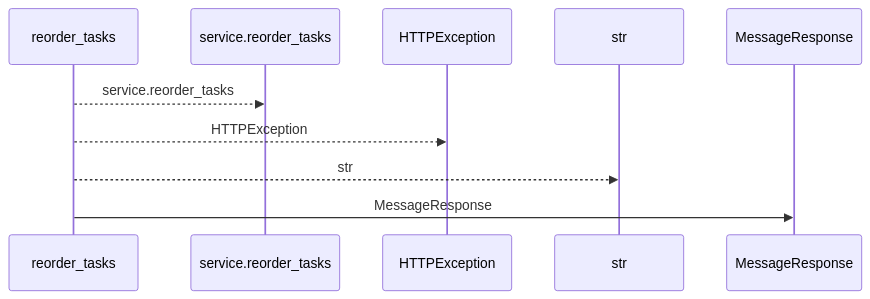
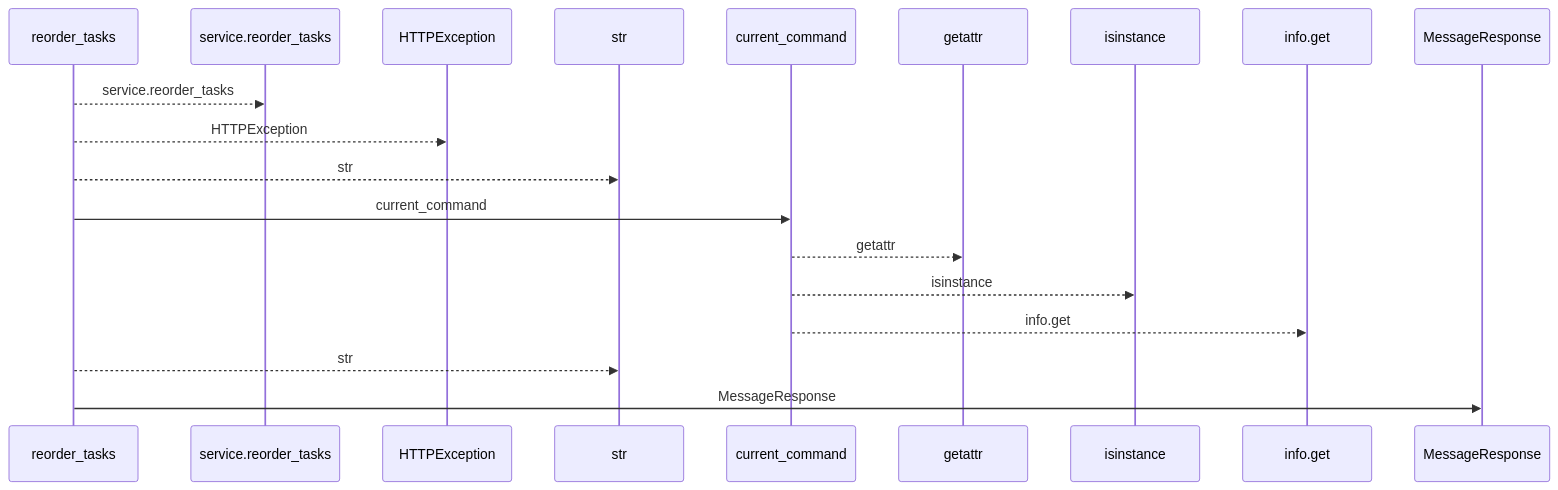
Before and after one commit to Denissvgn/WorkChord: the first of 2 diagrams in docs/llm_wiki/flows/http-reorder_tasks.md, drawn with Mermaid. The commit also changed other lines of this file and 958 other files, not shown here.

First line of the commit message:
docs(wiki): refresh identity and recovery architecture

````diff
--- a/docs/llm_wiki/flows/http-reorder_tasks.md
+++ b/docs/llm_wiki/flows/http-reorder_tasks.md
@@ -10,12 +10,21 @@
 ```mermaid
 sequenceDiagram
     participant p0 as reorder_tasks
     participant p1 as service.reorder_tasks
     participant p2 as HTTPException
     participant p3 as str
-    participant p4 as MessageResponse
+    participant p4 as current_command
+    participant p5 as getattr
+    participant p6 as isinstance
+    participant p7 as info.get
+    participant p8 as MessageResponse
     p0-->>p1: service.reorder_tasks
     p0-->>p2: HTTPException
     p0-->>p3: str
-    p0->>p4: MessageResponse
+    p0->>p4: current_command
+    p4-->>p5: getattr
+    p4-->>p6: isinstance
+    p4-->>p7: info.get
+    p0-->>p3: str
+    p0->>p8: MessageResponse
 ```
````
